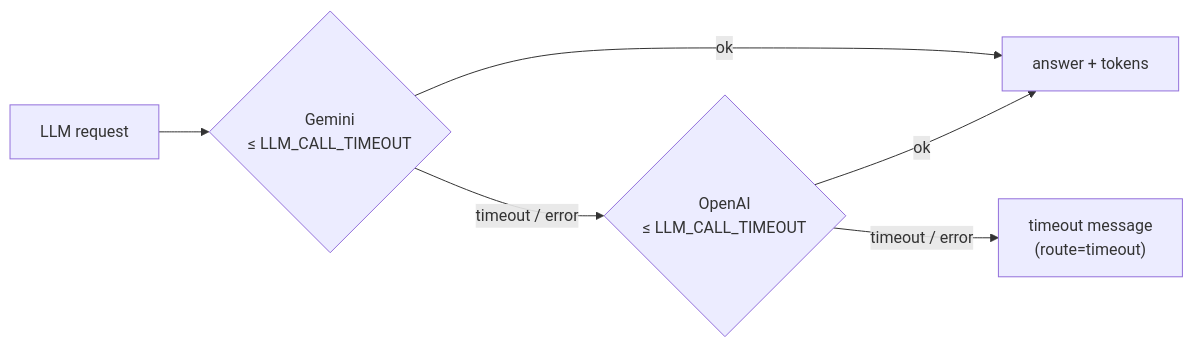
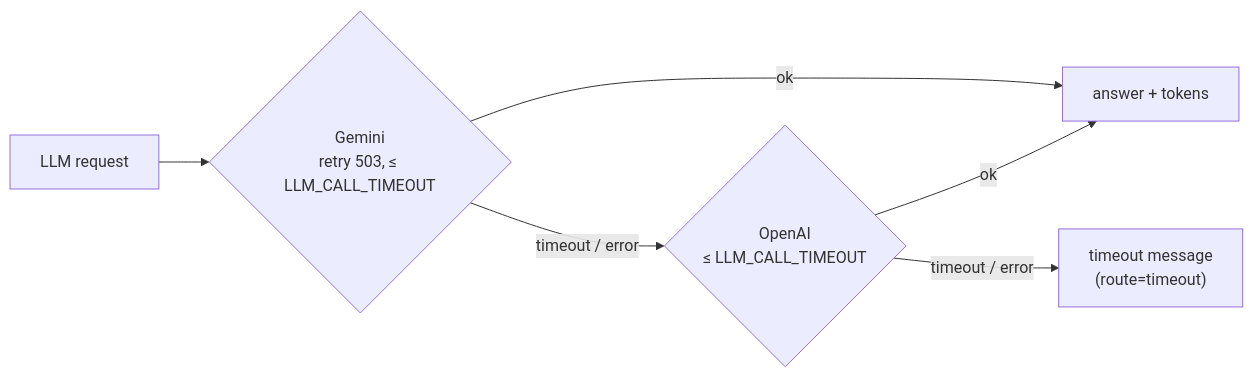
The third of 3 diagrams in README.md (LahiruSandeepa-LK/ai-assistent), drawn with Mermaid before and after one commit. The commit also changed other lines of this file and 13 other files, not shown here.

````diff
--- a/README.md
+++ b/README.md
@@ -145,8 +148,8 @@
 ```mermaid
 flowchart LR
     REQ["LLM request"] --> P1
-    P1{"Gemini<br/>≤ LLM_CALL_TIMEOUT"} -- ok --> OUT["answer + tokens"]
+    P1{"Gemini<br/>retry 503, ≤ LLM_CALL_TIMEOUT"} -- ok --> OUT["answer + tokens"]
     P1 -- timeout / error --> P2
     P2{"OpenAI<br/>≤ LLM_CALL_TIMEOUT"} -- ok --> OUT
     P2 -- timeout / error --> TO["timeout message<br/>(route=timeout)"]
 ```
````
